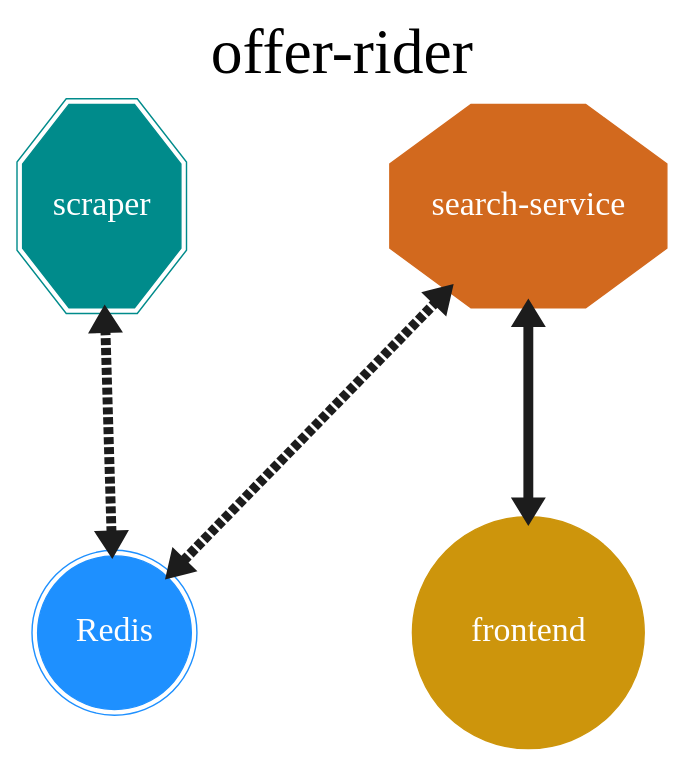
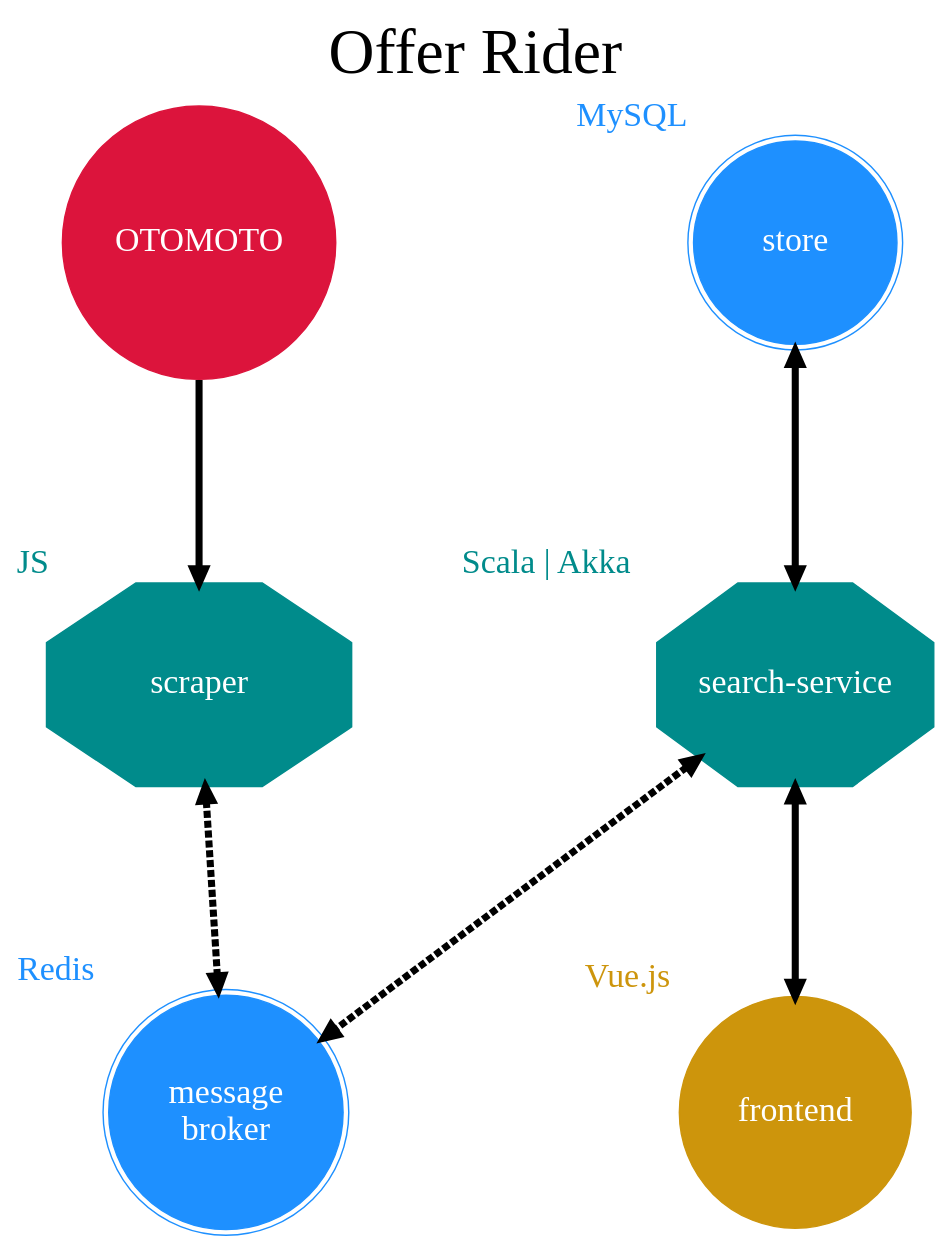
One commit to jakubriegel/offer-rider changed the diagram in docs/schema/offer-rider.gv. Above: the diagram before and after it, drawn with Graphviz. The commit also changed 1 other file, not shown here.

Commit message:
docs | schema update

```diff
--- a/docs/schema/offer-rider.gv
+++ b/docs/schema/offer-rider.gv
@@ -1,46 +1,26 @@
 digraph bigstore {
     
-    label="offer-rider"
+    label="Offer Rider"
     labelloc=t
     fontname="JetBrains Mono Medium"
 
     graph [fontsize=45 ranksep=2]
-    node [fontname="JetBrains Mono Medium" fontcolor=white]
-    edge [dir=both penwidth=7] 
-    nodesep=2
+    node [fontname="JetBrains Mono Medium" fontcolor=white fontsize=24 padding=5]
+    edge [dir=both penwidth=5] 
+    nodesep=3
 
-    subgraph scraper {
-        node [padding=5 fontsize=24 shape=doubleoctagon style=filled color=cyan4 height=2]
-
-        "scraper"
-    }
-    
-    subgraph searchservice {
-        node [padding=5 fontsize=24 shape=octagon style=filled color=chocolate height=2 colorsheme=paired12]
-        edge [style=bold colorscheme="paired12"]
-
-        "search-service"
+    "OTOMOTO" [shape=circle style=filled color=crimson colorsheme=paired12]
+    "scraper" [shape=octagon style=filled color=cyan4 height=2 width=3 xlabel=<<font color="cyan4">JS</font>>]
+    "search-service" [shape=octagon style=filled color=cyan4 height=2 colorsheme=paired12 xlabel=<<font color="cyan4">Scala | Akka</font>>]
+    "store" [shape=doublecircle style=filled color=dodgerblue1 height=2 colorsheme=paired12 xlabel=<<font color="dodgerblue1">MySQL</font>>]
+    { rank=sink; 
+        "frontend" [shape=circle style=filled color=darkgoldenrod3 colorsheme=paired12 xlabel=<<font color="darkgoldenrod3">Vue.js</font>>]
+        "message\nbroker" [shape=doublecircle style=filled color=dodgerblue1 xlabel=<<font color="dodgerblue1">Redis</font>>]
     }
 
-    subgraph frontend {
-        node [padding=5 fontsize=24 shape=circle style=filled color=darkgoldenrod3 colorsheme=paired12]
-        edge [style=bold colorscheme="paired12"]
-
-        { rank=sink; "frontend" }
-    }
-
-    subgraph eventbroker {
-        node [fontsize=24 shape=doublecircle style=filled color=dodgerblue1]
-
-        { rank=sink; "Redis" }
-    }
-
-    subgraph backend_connections {
-        "scraper" -> "Redis" [color=grey11 style=dashed]
-        "search-service" -> "Redis" [color=grey11 style=dashed]
-    }
-
-    subgraph frontend_connections {
-        "frontend" -> "search-service" [color=grey11]
-    }
+    "OTOMOTO" -> "scraper" [dir=LR]
+    "scraper" -> "message\nbroker" [style=dashed]
+    "search-service" -> "message\nbroker" [style=dashed]
+    "store" -> "search-service"
+    "frontend" -> "search-service"
 }
```
